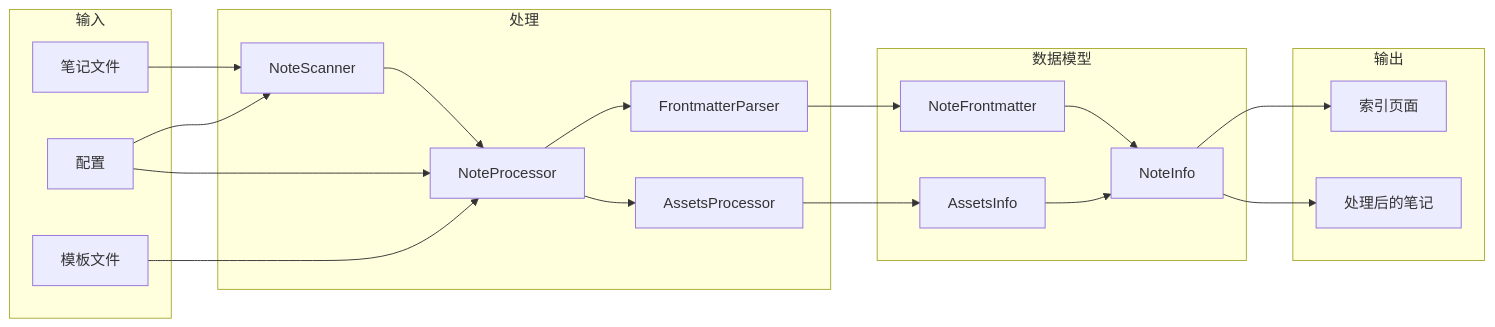
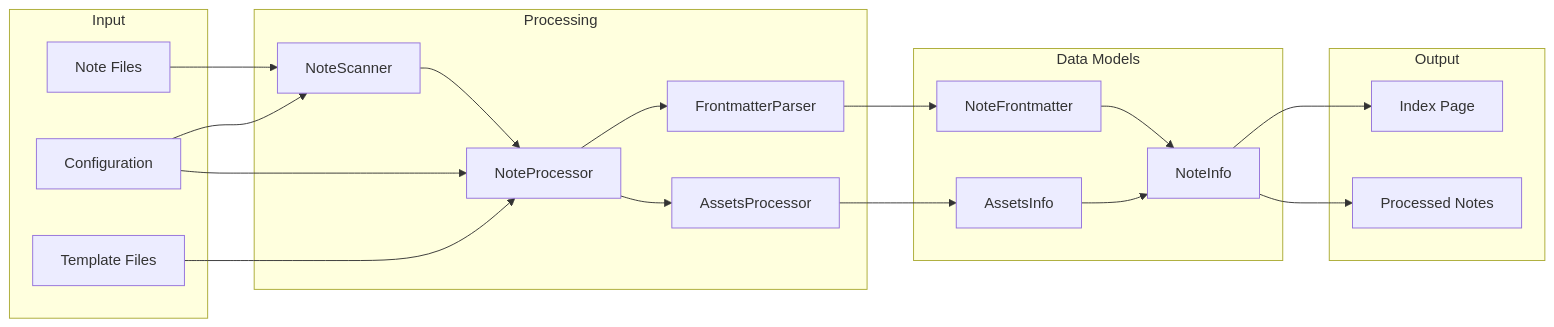
One commit to virtualguard101/mkdocs-note changed the fifth of 9 diagrams in docs/contributing/architecture.md. Above: the diagram before and after it, drawn with Mermaid. The commit also changed other lines of this file and 3 other files, not shown here.

````diff
--- a/docs/contributing/architecture.md
+++ b/docs/contributing/architecture.md
@@ -438,43 +428,43 @@
 ```mermaid
 graph LR
-    subgraph "输入"
-        Files[笔记文件]
-        Template[模板文件]
-        Config[配置]
+    subgraph "Input"
+        Files[Note Files]
+        Template[Template Files]
+        Config[Configuration]
     end
     
-    subgraph "处理"
+    subgraph "Processing"
         Scanner[NoteScanner]
         Processor[NoteProcessor]
         FMParser[FrontmatterParser]
         AssetsProc[AssetsProcessor]
     end
     
-    subgraph "数据模型"
+    subgraph "Data Models"
         NoteFM[NoteFrontmatter]
         AssetsInfo[AssetsInfo]
         NoteInfo[NoteInfo]
     end
     
-    subgraph "输出"
-        Index[索引页面]
-        ProcessedNotes[处理后的笔记]
+    subgraph "Output"
+        Index[Index Page]
+        ProcessedNotes[Processed Notes]
     end
     
     Files --> Scanner
     Scanner --> Processor
     Processor --> FMParser
     Processor --> AssetsProc
     
     FMParser --> NoteFM
     AssetsProc --> AssetsInfo
     NoteFM --> NoteInfo
     AssetsInfo --> NoteInfo
     
     NoteInfo --> Index
     NoteInfo --> ProcessedNotes
     
     Config --> Scanner
     Config --> Processor
     Template --> Processor
 ```
````
